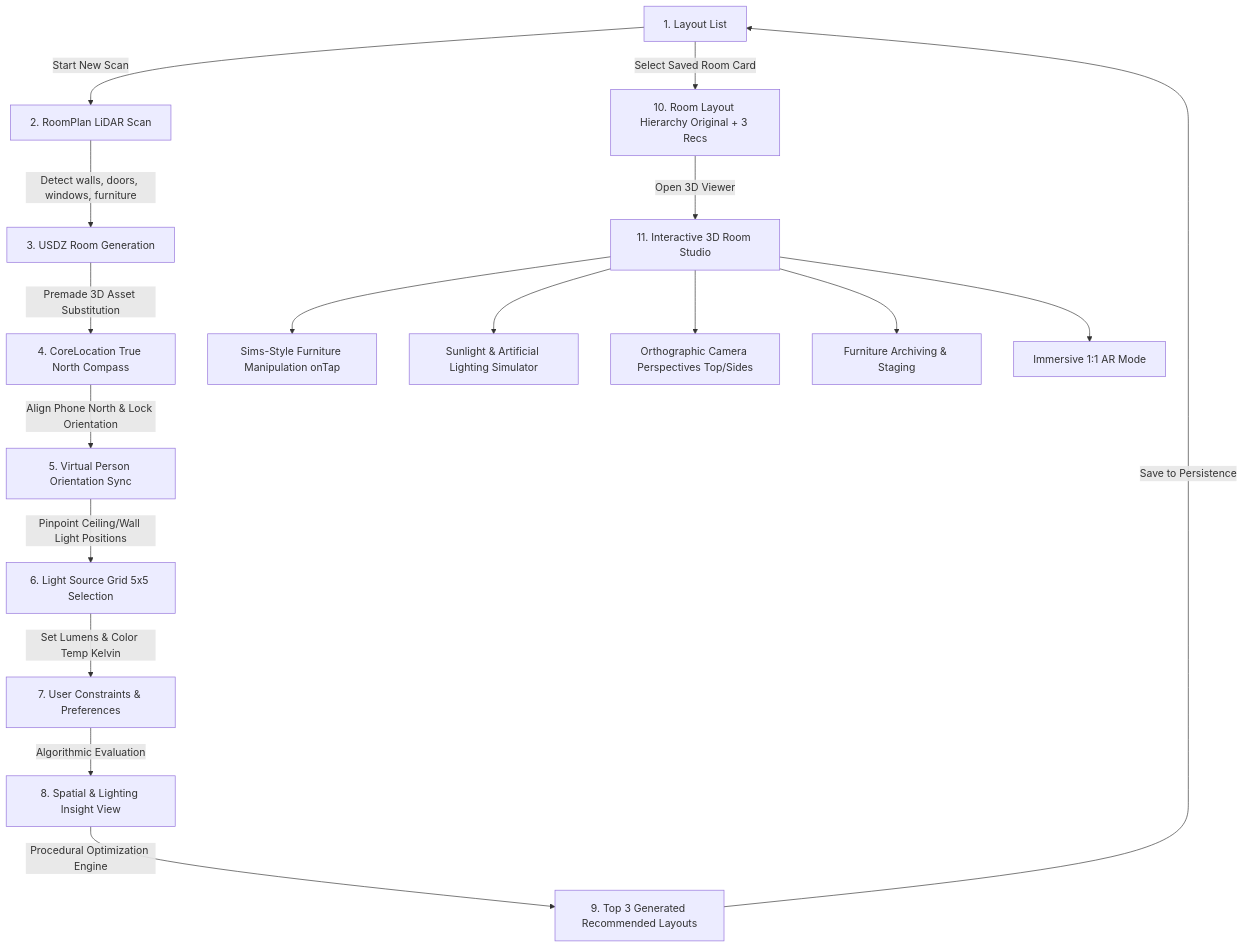
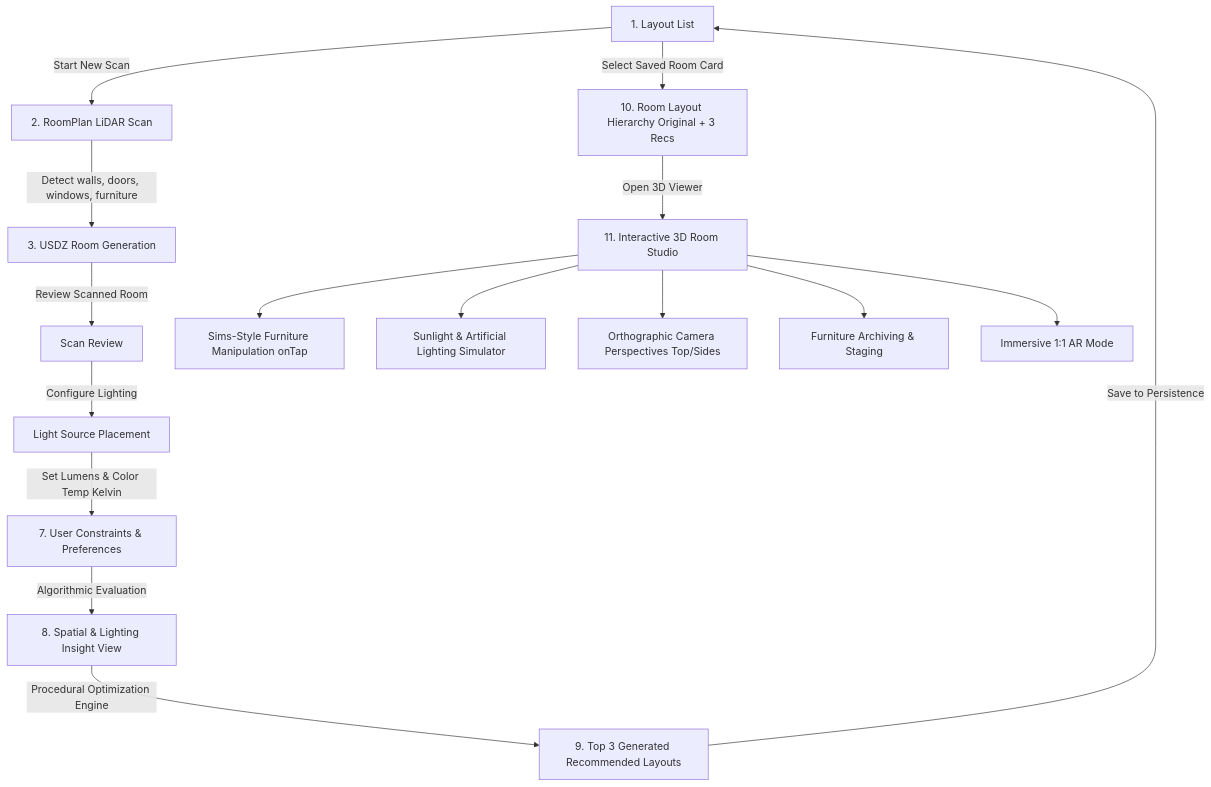
The diagram in README.md (M7-C5/Resign), drawn with Mermaid before and after one commit. The commit also changed other lines of this file and 14 other files, not shown here.

Commit message:
refactor(orientation): remove standalone compass flow

````diff
--- a/README.md
+++ b/README.md
@@ -15,19 +15,18 @@
 ```mermaid
 flowchart TD
     A[1. Layout List] -->|Start New Scan| B[2. RoomPlan LiDAR Scan]
     B -->|Detect walls, doors, windows, furniture| C[3. USDZ Room Generation]
-    C -->|Premade 3D Asset Substitution| D[4. CoreLocation True North Compass]
-    D -->|Align Phone North & Lock Orientation| E[5. Virtual Person Orientation Sync]
-    E -->|Pinpoint Ceiling/Wall Light Positions| F[6. Light Source Grid 5x5 Selection]
+    C -->|Review Scanned Room| D[Scan Review]
+    D -->|Configure Lighting| F[Light Source Placement]
     F -->|Set Lumens & Color Temp Kelvin| G[7. User Constraints & Preferences]
     G -->|Algorithmic Evaluation| H[8. Spatial & Lighting Insight View]
     H -->|Procedural Optimization Engine| I[9. Top 3 Generated Recommended Layouts]
     I -->|Save to Persistence| A
     A -->|Select Saved Room Card| J[10. Room Layout Hierarchy Original + 3 Recs]
     J -->|Open 3D Viewer| K[11. Interactive 3D Room Studio]
     K --> L[Sims-Style Furniture Manipulation onTap]
     K --> M[Sunlight & Artificial Lighting Simulator]
     K --> N[Orthographic Camera Perspectives Top/Sides]
     K --> O[Furniture Archiving & Staging]
     K --> P[Immersive 1:1 AR Mode]
 ```
````
